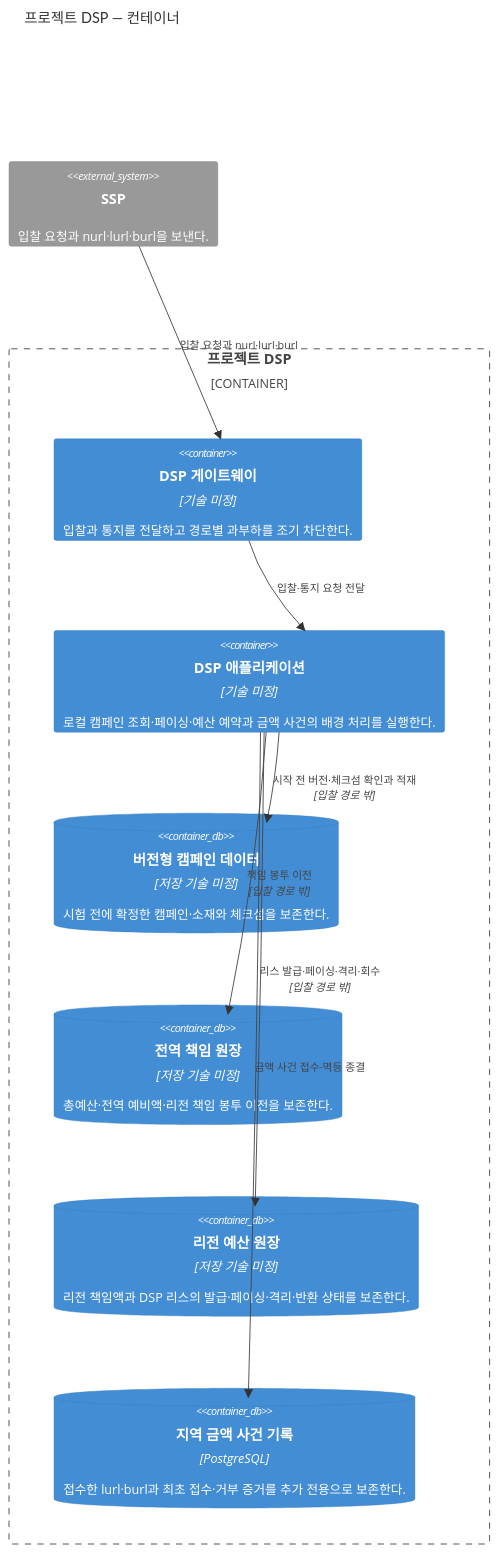
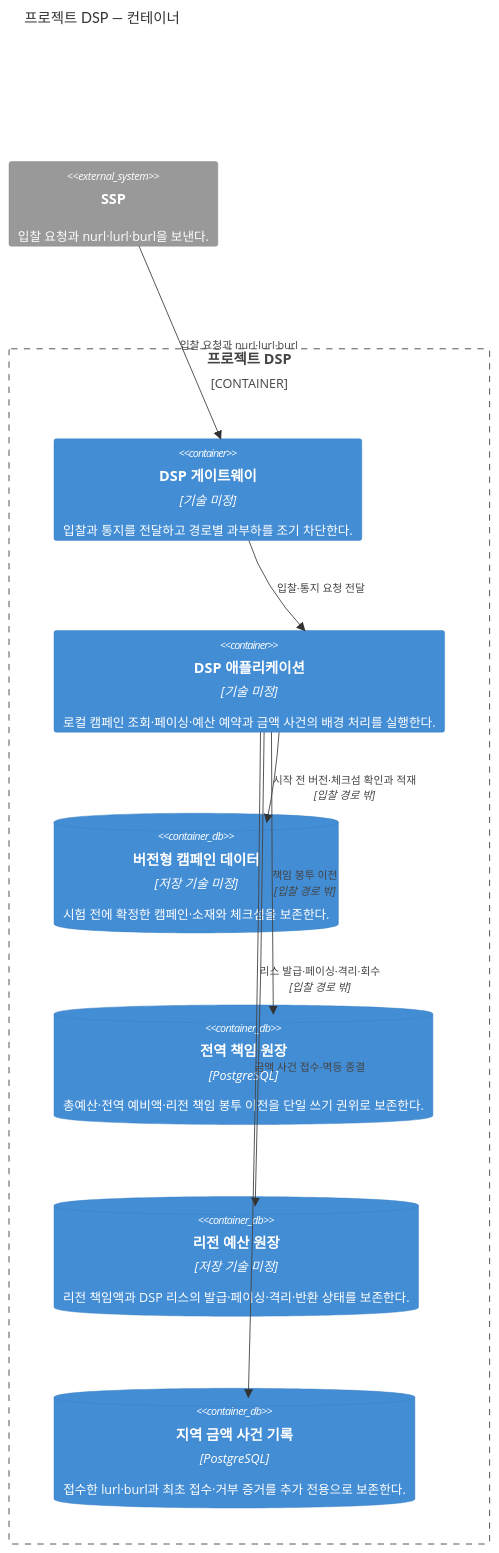
One commit to bbororo5/low-latency-openrtb-auction changed the diagram in docs/architecture/views/dsp-containers.md. Above: the diagram before and after it, drawn with Mermaid. The commit also changed other lines of this file and 11 other files, not shown here.

Commit message:
docs: choose global responsibility ledger

````diff
--- a/docs/architecture/views/dsp-containers.md
+++ b/docs/architecture/views/dsp-containers.md
@@ -9,24 +9,24 @@
 ```mermaid
 C4Container
     title 프로젝트 DSP — 컨테이너
 
     System_Ext(ssp, "SSP", "입찰 요청과 nurl·lurl·burl을 보낸다.")
 
     Container_Boundary(project_dsp, "프로젝트 DSP") {
         Container(gateway, "DSP 게이트웨이", "기술 미정", "입찰과 통지를 전달하고 경로별 과부하를 조기 차단한다.")
         Container(dsp_application, "DSP 애플리케이션", "기술 미정", "로컬 캠페인 조회·페이싱·예산 예약과 금액 사건의 배경 처리를 실행한다.")
         ContainerDb(campaign_store, "버전형 캠페인 데이터", "저장 기술 미정", "시험 전에 확정한 캠페인·소재와 체크섬을 보존한다.")
-        ContainerDb(global_ledger, "전역 책임 원장", "저장 기술 미정", "총예산·전역 예비액·리전 책임 봉투 이전을 보존한다.")
+        ContainerDb(global_ledger, "전역 책임 원장", "PostgreSQL", "총예산·전역 예비액·리전 책임 봉투 이전을 단일 쓰기 권위로 보존한다.")
         ContainerDb(regional_ledger, "리전 예산 원장", "저장 기술 미정", "리전 책임액과 DSP 리스의 발급·페이싱·격리·반환 상태를 보존한다.")
         ContainerDb(money_store, "지역 금액 사건 기록", "PostgreSQL", "접수한 lurl·burl과 최초 접수·거부 증거를 추가 전용으로 보존한다.")
     }
 
     Rel(ssp, gateway, "입찰 요청과 nurl·lurl·burl")
     Rel(gateway, dsp_application, "입찰·통지 요청 전달")
     Rel(dsp_application, campaign_store, "시작 전 버전·체크섬 확인과 적재", "입찰 경로 밖")
     Rel(dsp_application, global_ledger, "책임 봉투 이전", "입찰 경로 밖")
     Rel(dsp_application, regional_ledger, "리스 발급·페이싱·격리·회수", "입찰 경로 밖")
     Rel(dsp_application, money_store, "금액 사건 접수·멱등 종결")
 
     UpdateLayoutConfig($c4ShapeInRow="3", $c4BoundaryInRow="1")
 ```
````
